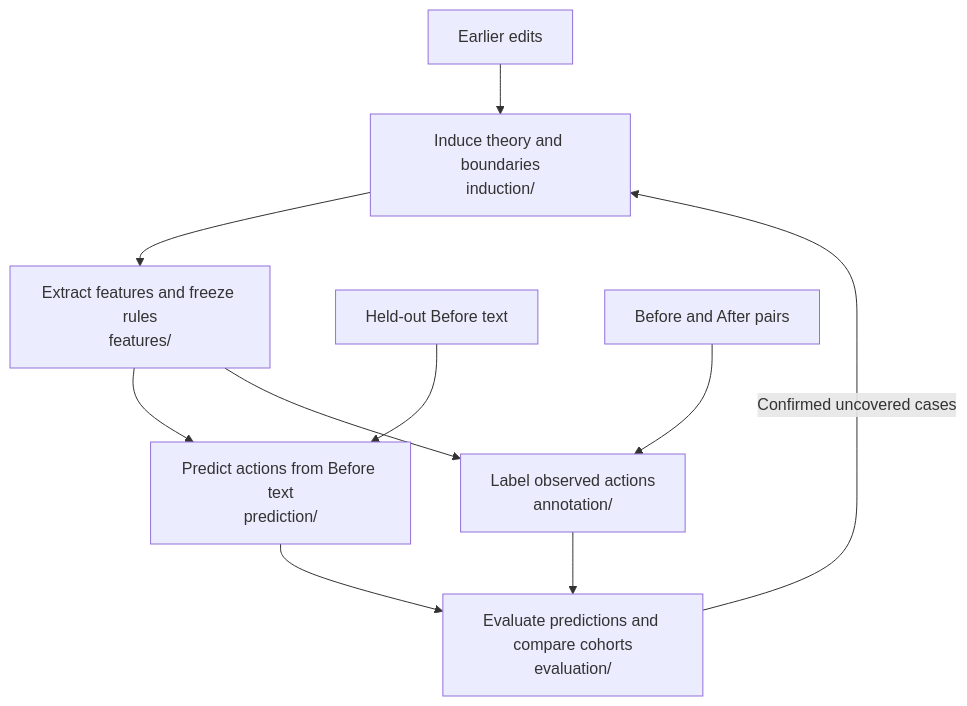
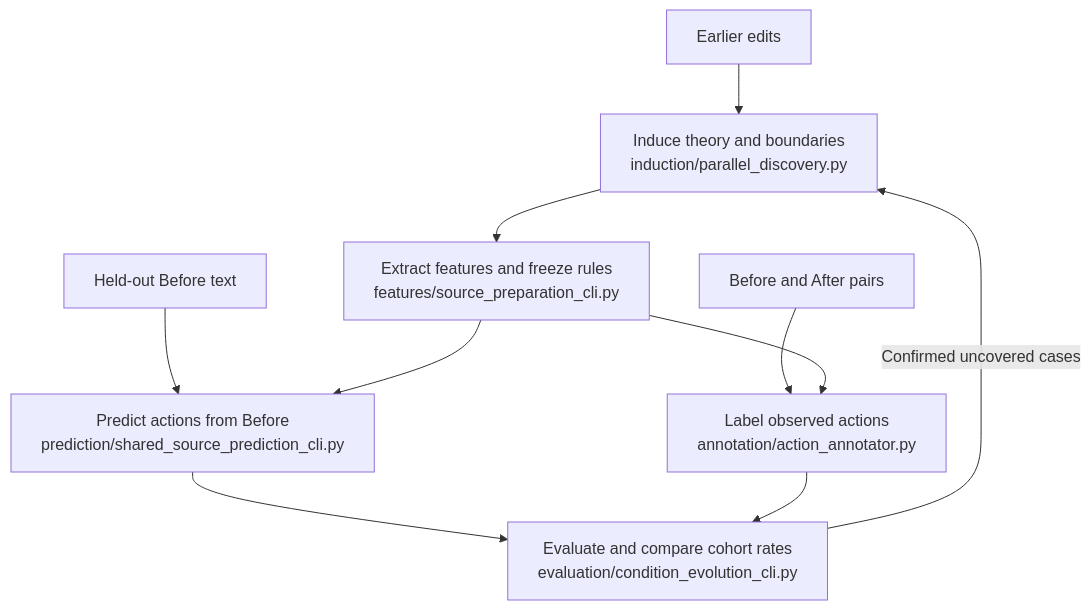
Before and after one commit to Bessie88/Theory_Prediction: the diagram in README.md, drawn with Mermaid. The commit also changed 94 other files, not shown here.

```diff
--- a/README.md
+++ b/README.md
@@ -3,12 +3,12 @@
 ~~~mermaid
 flowchart TD
-    A["Earlier edits"] --> B["Induce theory and boundaries<br/>induction/"]
-    B --> C["Extract features and freeze rules<br/>features/"]
-    C --> E["Predict actions from Before text<br/>prediction/"]
-    D["Held-out Before text"] --> E
-    F["Before and After pairs"] --> G["Label observed actions<br/>annotation/"]
+    A["Earlier edits"] --> B["Induce theory and boundaries<br/>induction/parallel_discovery.py"]
+    B --> C["Extract features and freeze rules<br/>features/source_preparation_cli.py"]
+    D["Held-out Before text"] --> E["Predict actions from Before<br/>prediction/shared_source_prediction_cli.py"]
+    C --> E
+    F["Before and After pairs"] --> G["Label observed actions<br/>annotation/action_annotator.py"]
     C --> G
-    E --> H["Evaluate predictions and compare cohorts<br/>evaluation/"]
+    E --> H["Evaluate and compare cohort rates<br/>evaluation/condition_evolution_cli.py"]
     G --> H
     H -->|Confirmed uncovered cases| B
 ~~~
```
